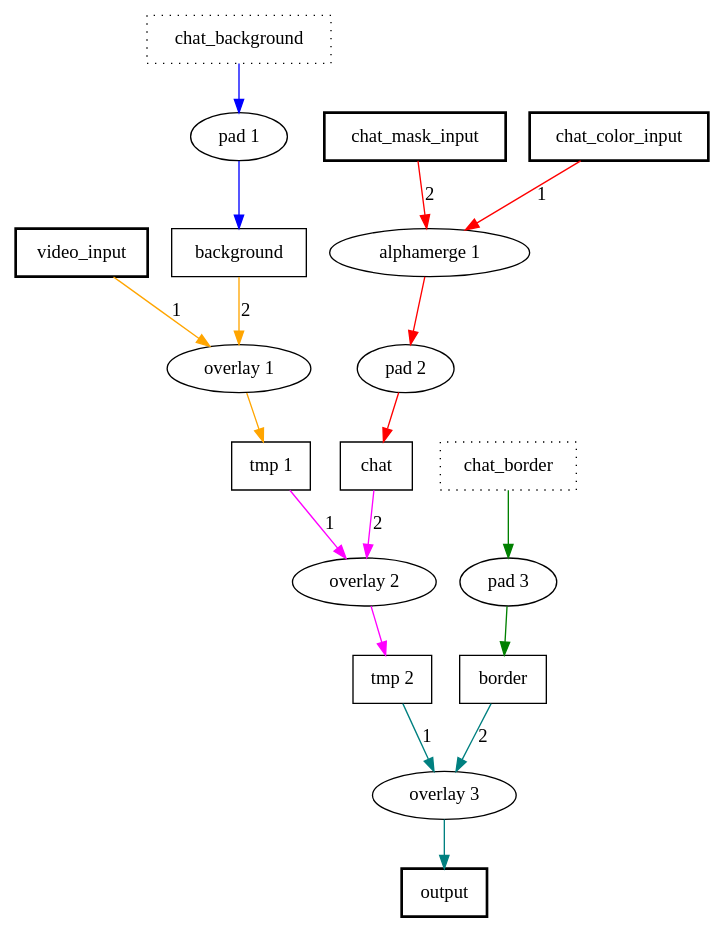
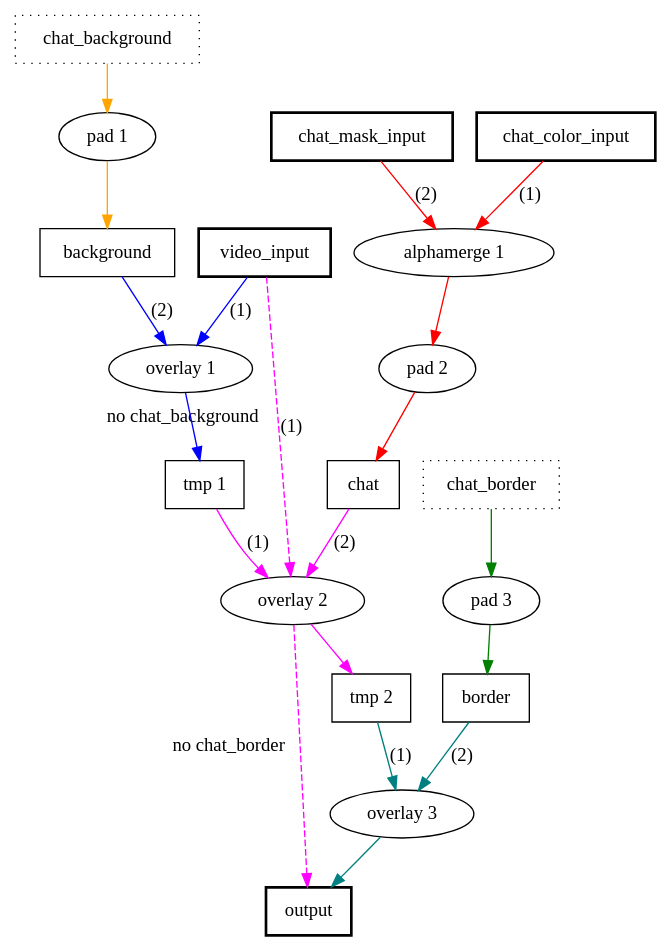
The diagram in TwitchDownloaderCLI/Docs/filtergraph.gv (fresc81/TwitchDownloader), drawn with Graphviz before and after one commit. The commit also changed 1 other file, not shown here.

Commit message:
removed unnessesary symbols, moved inputs to the top, added alternative paths

```diff
--- a/TwitchDownloaderCLI/Docs/filtergraph.gv
+++ b/TwitchDownloaderCLI/Docs/filtergraph.gv
@@ -1,71 +1,76 @@
 digraph filtergraph {
   
   # input streams
-  node [shape=box,style=bold];
-  video_input;
-  chat_color_input;
-  chat_mask_input;
+  node [shape=box,style=bold]
+  video_input
+  chat_color_input
+  chat_mask_input
+
+  # input images
+  node [style=dotted]
+  chat_background
+  chat_border
 
   # temporary streams
-  node [style=solid];
-  chat;
-  background;
-  border;
-  tmp_1 [label="tmp 1"];
-  tmp_2 [label="tmp 2"];
-
-  # images
-  node [style=dotted];
-  chat_background;
-  chat_border;
+  node [style=solid]
+  chat
+  background
+  border
+  tmp_1 [label="tmp 1"]
+  tmp_2 [label="tmp 2"]
 
   # output stream
-  node [style=bold];
-  output;
+  node [style=bold]
+  output
 
   # filter
-  node [shape=ellipse, style=solid];
-  alphamerge_1 [label="alphamerge 1"];
-  pad_1 [label="pad 1"];
-  pad_2 [label="pad 2"];
-  pad_3 [label="pad 3"];
-  overlay_1 [label="overlay 1"];
-  overlay_2 [label="overlay 2"];
-  overlay_3 [label="overlay 3"];
+  node [shape=ellipse, style=solid]
+  alphamerge_1 [label="alphamerge 1"]
+  pad_1 [label="pad 1"]
+  pad_2 [label="pad 2"]
+  pad_3 [label="pad 3"]
+  overlay_1 [label="overlay 1"]
+  overlay_2 [label="overlay 2"]
+  overlay_3 [label="overlay 3"]
 
   # chat background padding
-  edge [color=blue];
-  chat_background -> pad_1;
-  pad_1 -> background;
+  edge [color=orange]
+  chat_background -> pad_1
+  pad_1 -> background
 
   # masked alpha and padding for chat
   edge [color=red];
-  chat_color_input -> alphamerge_1 [label=1];
-  chat_mask_input -> alphamerge_1 [label=2];
-  alphamerge_1 -> pad_2;
-  pad_2 -> chat;
+  chat_color_input -> alphamerge_1 [label="(1)"]
+  chat_mask_input -> alphamerge_1 [label="(2)"]
+  alphamerge_1 -> pad_2
+  pad_2 -> chat
 
   # chat border padding
-  edge [color=green];
-  chat_border -> pad_3;
-  pad_3 -> border;
+  edge [color=green]
+  chat_border -> pad_3
+  pad_3 -> border
 
   # overlay chat background
-  edge [color=orange];
-  video_input -> overlay_1 [label=1];
-  background -> overlay_1 [label=2];
-  overlay_1 -> tmp_1;
+  edge [color=blue]
+  video_input -> overlay_1 [label="(1)"]
+  background -> overlay_1 [label="(2)"]
+  overlay_1 -> tmp_1
 
   # overlay chat on top of background
-  edge [color=magenta];
-  tmp_1 -> overlay_2 [label=1];
-  chat -> overlay_2 [label=2];
-  overlay_2 -> tmp_2;
+  edge [color=magenta]
+  tmp_1 -> overlay_2 [label="(1)"]
+  chat -> overlay_2 [label="(2)"]
+  overlay_2 -> tmp_2
 
   # overlay border on top of chat
-  edge [color=teal];
-  tmp_2 -> overlay_3 [label=1];
-  border -> overlay_3 [label=2];
-  overlay_3 -> output;
+  edge [color=teal]
+  tmp_2 -> overlay_3 [label="(1)"]
+  border -> overlay_3 [label="(2)"]
+  overlay_3 -> output
+
+  # alternative paths
+  edge [style=dashed]
+  video_input -> overlay_2 [xlabel="no chat_background", label="(1)", color=magenta]
+  overlay_2 -> output [xlabel="no chat_border", color=magenta]
 
 }
```
